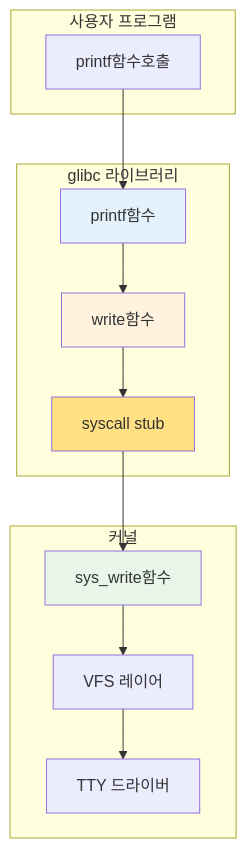
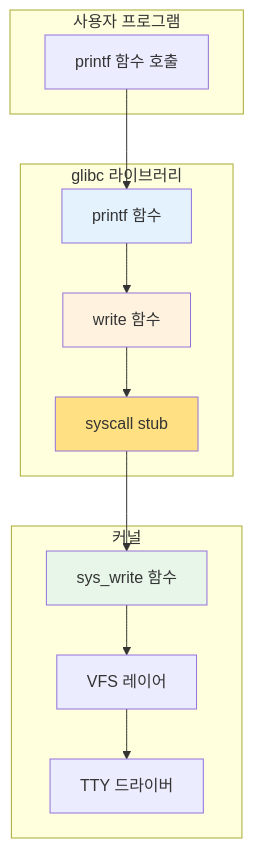
One commit to choru-k/choru-wiki changed the fourth of 5 diagrams in docs/cs/guide/chapter-04-syscall-kernel/04-01-01-system-call-basics.md. Above: the diagram before and after it, drawn with Mermaid. The commit also changed other lines of this file and 5 other files, not shown here.

First line of the commit message:
fix: resolve all Mermaid diagram syntax errors in Chapter 4 System Call & Kernel

````diff
--- a/docs/cs/guide/chapter-04-syscall-kernel/04-01-01-system-call-basics.md
+++ b/docs/cs/guide/chapter-04-syscall-kernel/04-01-01-system-call-basics.md
@@ -514,30 +514,30 @@
 ```mermaid
 graph TD
     subgraph USER_PROG["사용자 프로그램"]
-        CALL[printf함수호출]
+        CALL["printf 함수 호출"]
     end
     
     subgraph GLIBC["glibc 라이브러리"]
-        PRINTF[printf함수]
-        WRITE[write함수]
+        PRINTF["printf 함수"]
+        WRITE["write 함수"]
         SYSCALL["syscall stub"]
     end
     
     subgraph KERNEL["커널"]
-        HANDLER[sys_write함수]
+        HANDLER["sys_write 함수"]
         VFS["VFS 레이어"]
         TTY["TTY 드라이버"]
     end
     
     CALL --> PRINTF
     PRINTF --> WRITE
     WRITE --> SYSCALL
     SYSCALL --> HANDLER
     HANDLER --> VFS
     VFS --> TTY
     
     style PRINTF fill:#E3F2FD
     style WRITE fill:#FFF3E0
     style SYSCALL fill:#FFE082
     style HANDLER fill:#E8F5E9
 ```
````
